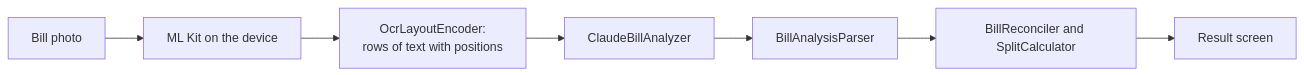
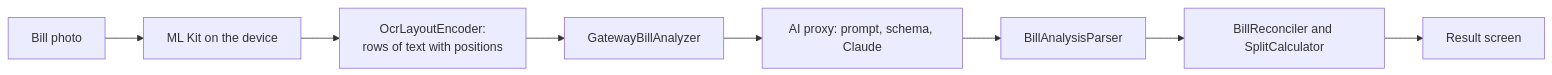
One commit to dantech0xff/split-bill-poc changed the second of 2 diagrams in docs/architecture.md. Above: the diagram before and after it, drawn with Mermaid. The commit also changed other lines of this file and 5 other files, not shown here.

````diff
--- a/docs/architecture.md
+++ b/docs/architecture.md
@@ -86,9 +89,10 @@
 ```mermaid
 flowchart LR
     photo[Bill photo] --> ocr[ML Kit on the device]
     ocr --> rows[OcrLayoutEncoder:<br/>rows of text with positions]
-    rows --> model[ClaudeBillAnalyzer]
-    model --> parser[BillAnalysisParser]
+    rows --> client[GatewayBillAnalyzer]
+    client --> proxy[AI proxy: prompt, schema, Claude]
+    proxy --> parser[BillAnalysisParser]
     parser --> calc[BillReconciler and SplitCalculator]
     calc --> ui[Result screen]
 ```
````
